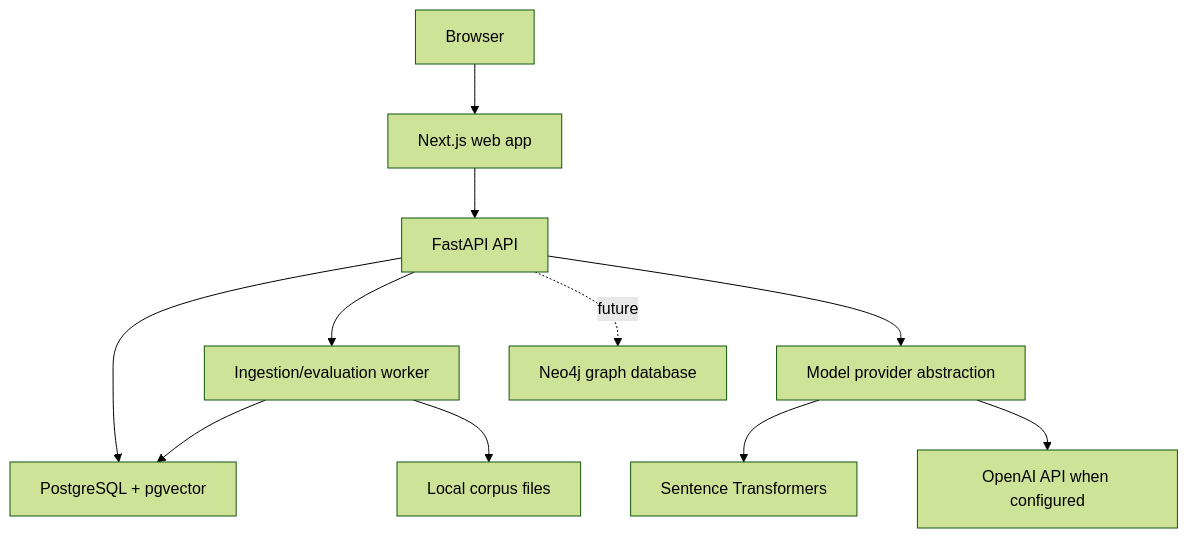
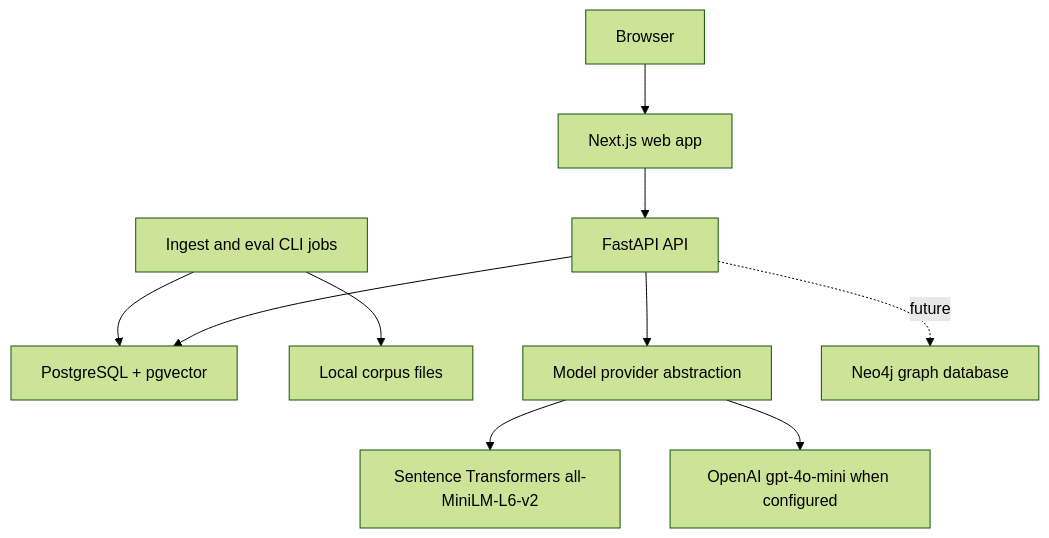
Before and after one commit to bluefate/spacebio-evidence-engine: the second of 9 diagrams in design.md, drawn with Mermaid (forest theme). The commit also changed other lines of this file and 41 other files, not shown here.

````diff
--- a/design.md
+++ b/design.md
@@ -53,13 +55,12 @@
 ```mermaid
 flowchart TD
   Browser["Browser"] --> Web["Next.js web app"]
   Web --> API["FastAPI API"]
   API --> DB["PostgreSQL + pgvector"]
-  API --> Worker["Ingestion/evaluation worker"]
-  Worker --> DB
-  Worker --> Files["Local corpus files"]
+  CLI["Ingest and eval CLI jobs"] --> DB
+  CLI --> Files["Local corpus files"]
   API --> Provider["Model provider abstraction"]
-  Provider --> LocalEmb["Sentence Transformers"]
-  Provider --> OpenAI["OpenAI API when configured"]
+  Provider --> LocalEmb["Sentence Transformers all-MiniLM-L6-v2"]
+  Provider --> OpenAI["OpenAI gpt-4o-mini when configured"]
   API -. "future" .-> Neo4j["Neo4j graph database"]
 ```
````
